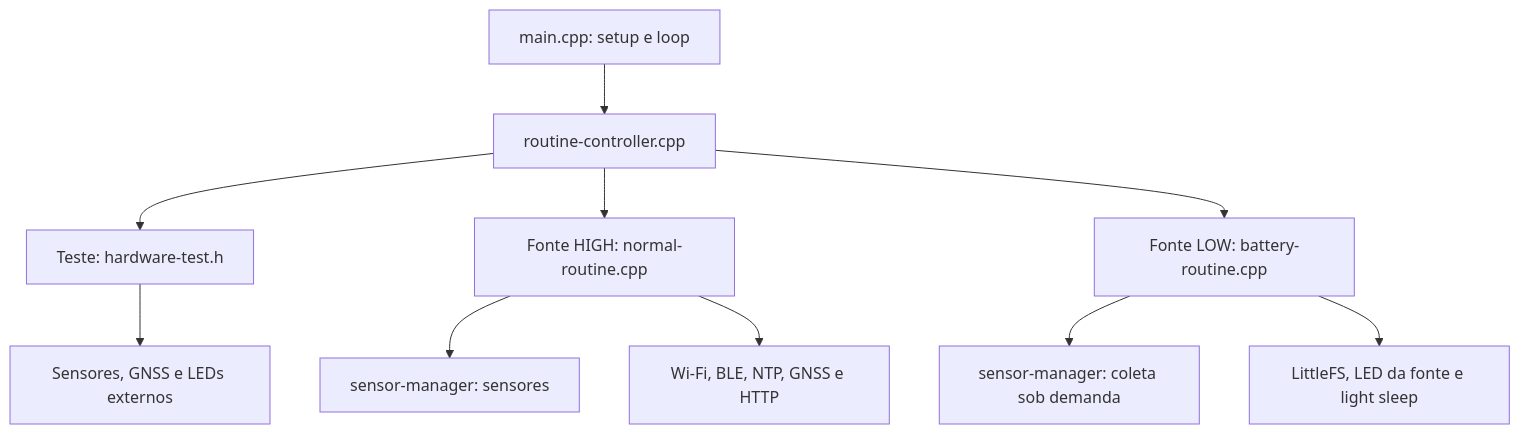
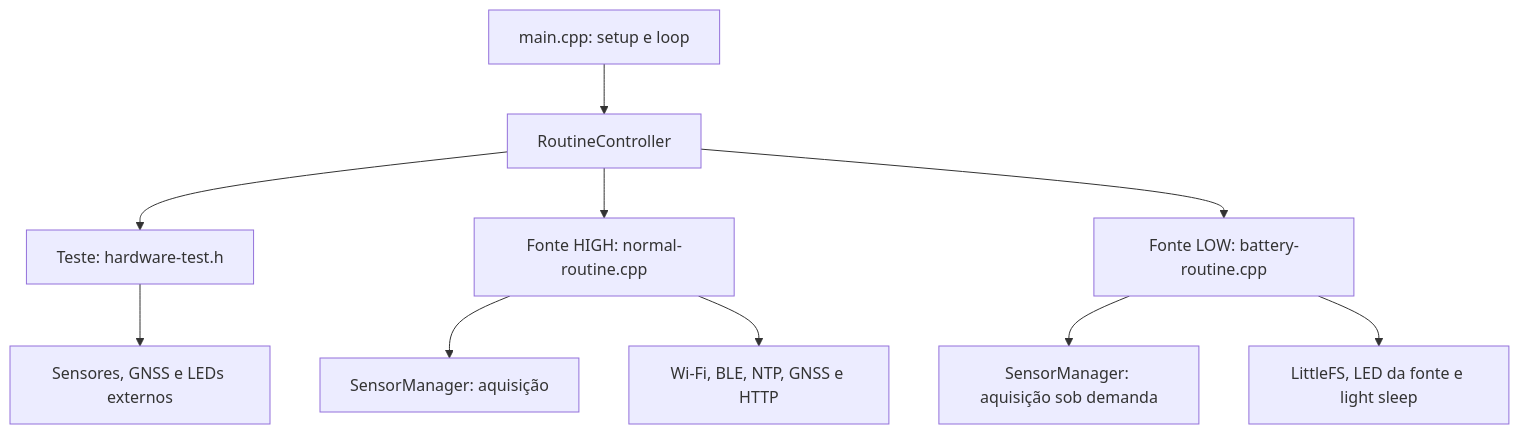
The diagram in README.md (lucas-velocini-repo/ESP32-IT-Estacao_Meteorologica), drawn with Mermaid before and after one commit. The commit also changed other lines of this file, not shown here.

````diff
--- a/README.md
+++ b/README.md
@@ -153,12 +190,12 @@
 ```mermaid
 flowchart TD
-    Main["main.cpp: setup e loop"] --> Controller["routine-controller.cpp"]
+    Main["main.cpp: setup e loop"] --> Controller["RoutineController"]
     Controller --> Test["Teste: hardware-test.h"]
     Controller --> Normal["Fonte HIGH: normal-routine.cpp"]
     Controller --> Battery["Fonte LOW: battery-routine.cpp"]
-    Test --> Hardware["Sensores, GNSS e LEDs externos"]
-    Normal --> NormalSensors["sensor-manager: sensores"]
+    Test --> TestHardware["Sensores, GNSS e LEDs externos"]
+    Normal --> NormalSensors["SensorManager: aquisição"]
     Normal --> Online["Wi-Fi, BLE, NTP, GNSS e HTTP"]
-    Battery --> BatterySensors["sensor-manager: coleta sob demanda"]
+    Battery --> BatterySensors["SensorManager: aquisição sob demanda"]
     Battery --> Offline["LittleFS, LED da fonte e light sleep"]
 ```
````
